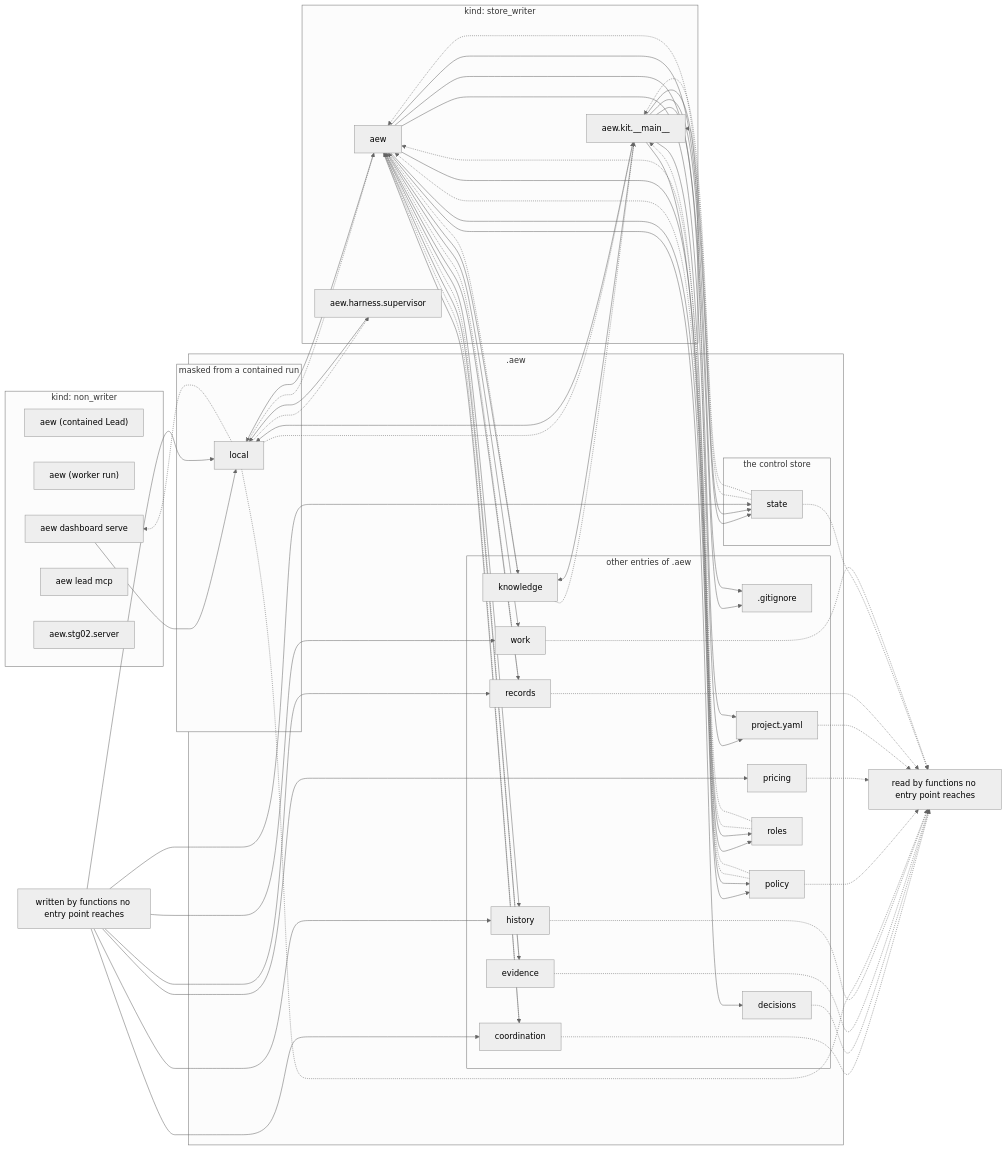
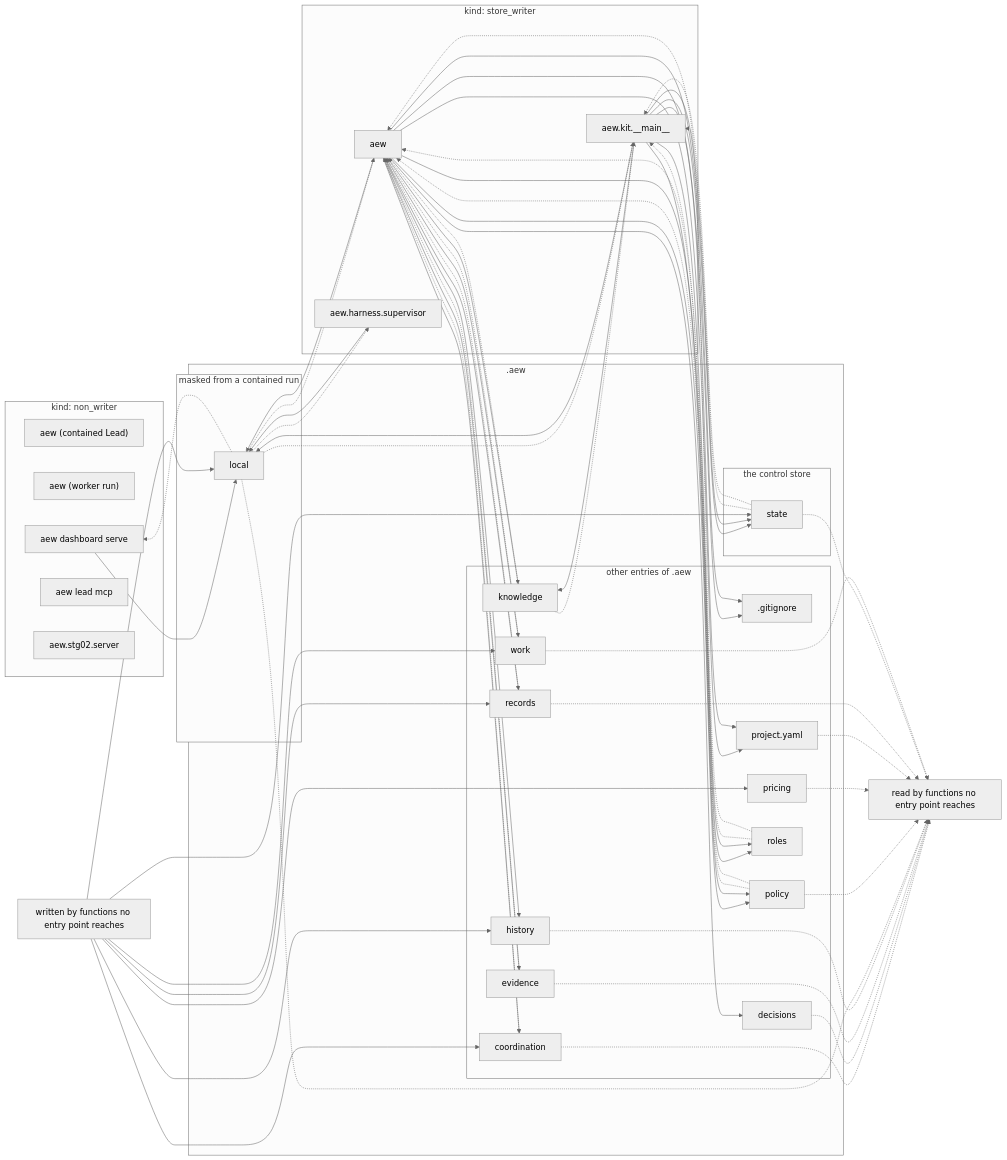
One commit to JonSmithTLT/Agentic-Engineering-Workflow changed the diagram in docs/reference/data-flow.md. Above: the diagram before and after it, drawn with Mermaid (neutral theme). The commit also changed other lines of this file and 20 other files, not shown here.

```diff
--- a/docs/reference/data-flow.md
+++ b/docs/reference/data-flow.md
@@ -77,6 +77,7 @@
     path_records -.-> proc_aew
     path_roles -.-> proc_aew
     path_state -.-> proc_aew
+    path_work -.-> proc_aew
     path_local -.-> proc_aew_dashboard_serve
     path_local -.-> proc_aew_harness_supervisor
     path_knowledge -.-> proc_aew_kit_main
```
